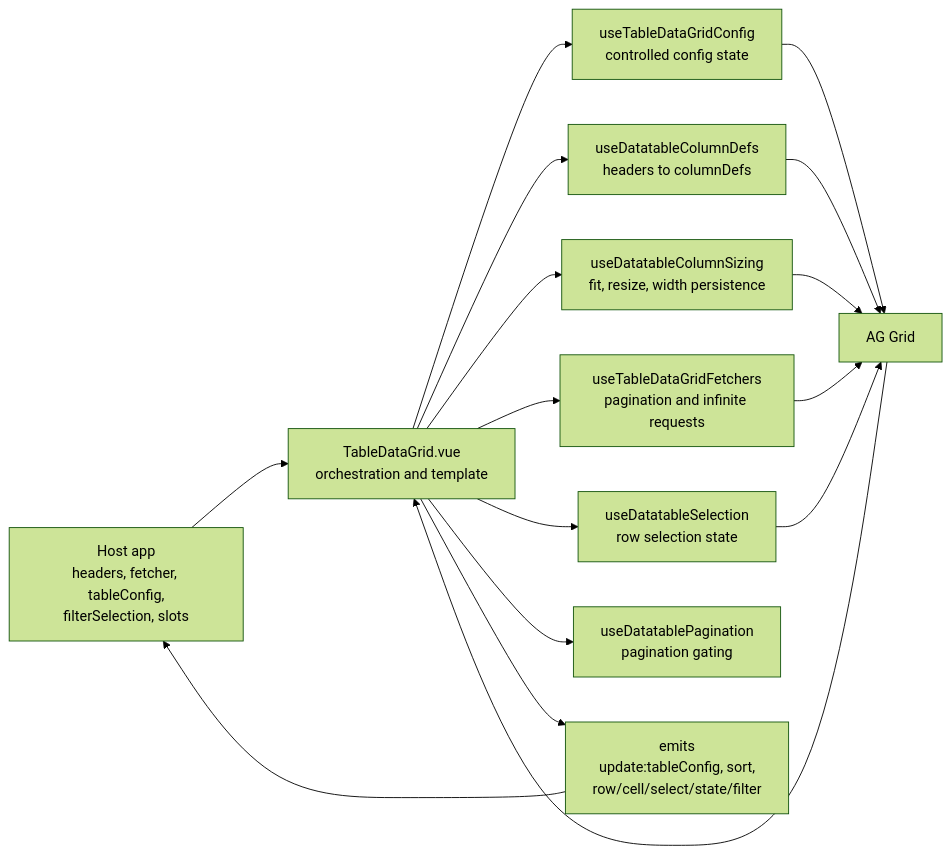
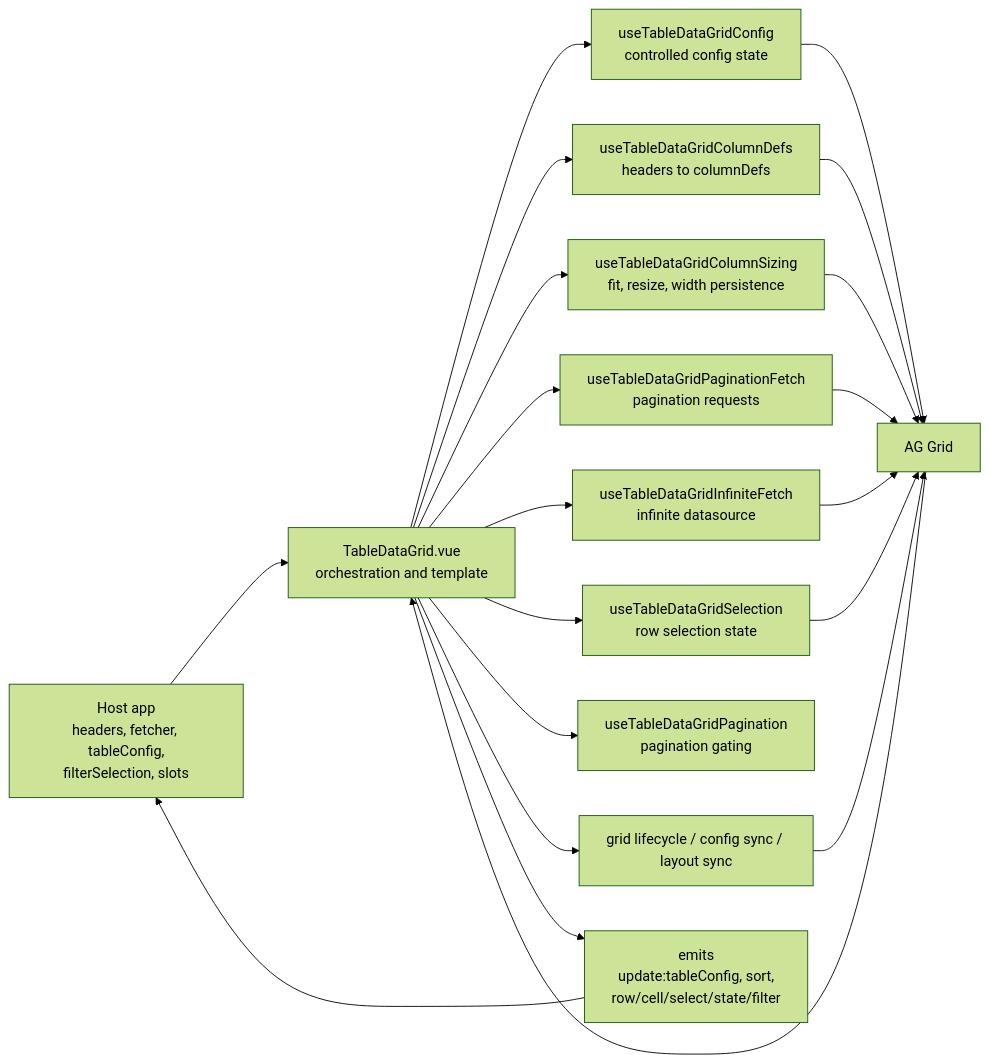
One commit to Kong/public-ui-components changed the first of 5 diagrams in packages/core/table-data-grid/docs/architecture.md. Above: the diagram before and after it, drawn with Mermaid (forest theme). The commit also changed other lines of this file and 34 other files, not shown here.

Commit message:
refactor(table-data-grid): clarify composable ownership

````diff
--- a/packages/core/table-data-grid/docs/architecture.md
+++ b/packages/core/table-data-grid/docs/architecture.md
@@ -11,29 +11,35 @@
 ```mermaid
 flowchart LR
   Host["Host app<br/>headers, fetcher, tableConfig,<br/>filterSelection, slots"]
   Component["TableDataGrid.vue<br/>orchestration and template"]
   Config["useTableDataGridConfig<br/>controlled config state"]
-  Fetchers["useTableDataGridFetchers<br/>pagination and infinite requests"]
-  Columns["useDatatableColumnDefs<br/>headers to columnDefs"]
-  Sizing["useDatatableColumnSizing<br/>fit, resize, width persistence"]
-  Selection["useDatatableSelection<br/>row selection state"]
-  Pagination["useDatatablePagination<br/>pagination gating"]
+  PaginationFetch["useTableDataGridPaginationFetch<br/>pagination requests"]
+  InfiniteFetch["useTableDataGridInfiniteFetch<br/>infinite datasource"]
+  Columns["useTableDataGridColumnDefs<br/>headers to columnDefs"]
+  Sizing["useTableDataGridColumnSizing<br/>fit, resize, width persistence"]
+  Selection["useTableDataGridSelection<br/>row selection state"]
+  Pagination["useTableDataGridPagination<br/>pagination gating"]
+  Lifecycle["grid lifecycle / config sync / layout sync"]
   Grid["AG Grid"]
   Events["emits<br/>update:tableConfig, sort,<br/>row/cell/select/state/filter"]
 
   Host --> Component
   Component --> Config
-  Component --> Fetchers
+  Component --> PaginationFetch
+  Component --> InfiniteFetch
   Component --> Columns
   Component --> Sizing
   Component --> Selection
   Component --> Pagination
+  Component --> Lifecycle
   Config --> Grid
   Columns --> Grid
   Sizing --> Grid
-  Fetchers --> Grid
+  PaginationFetch --> Grid
+  InfiniteFetch --> Grid
   Selection --> Grid
+  Lifecycle --> Grid
   Grid --> Component
   Component --> Events
   Events --> Host
 ```
````
